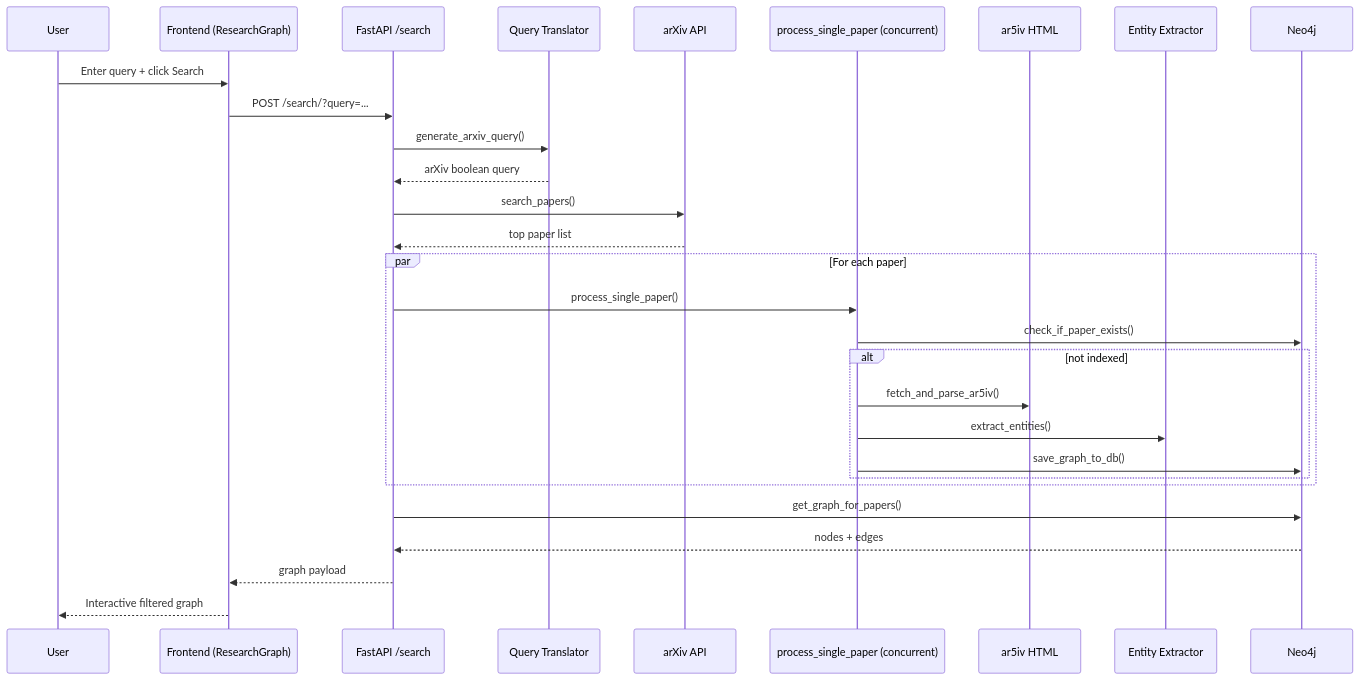
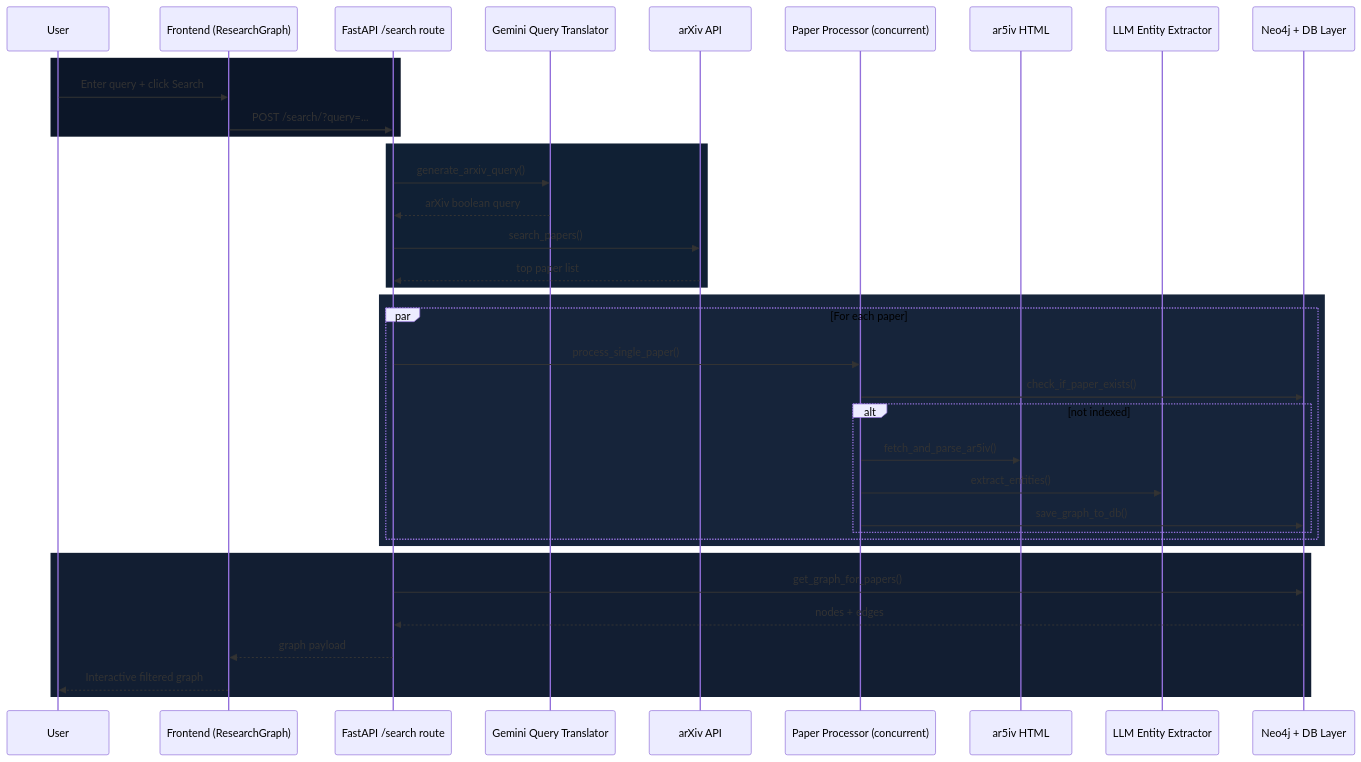
The third of 4 diagrams in README.md (Group18SWE/Scientific_Literature_Knowledge_Graph), drawn with Mermaid before and after one commit. The commit also changed other lines of this file, not shown here.

First line of the commit message:
Refine README mermaid diagrams with detailed layered architecture

````diff
--- a/README.md
+++ b/README.md
@@ -64,32 +127,43 @@
 ```mermaid
 sequenceDiagram
     participant User
     participant FE as Frontend (ResearchGraph)
-    participant API as FastAPI /search
-    participant LLMQ as Query Translator
+    participant API as FastAPI /search route
+    participant LLMQ as Gemini Query Translator
     participant ARX as arXiv API
-    participant PROC as process_single_paper (concurrent)
+    participant PROC as Paper Processor (concurrent)
     participant AR5 as ar5iv HTML
-    participant LLME as Entity Extractor
-    participant DB as Neo4j
+    participant LLME as LLM Entity Extractor
+    participant DB as Neo4j + DB Layer
 
+    rect rgb(12, 22, 40)
     User->>FE: Enter query + click Search
     FE->>API: POST /search/?query=...
+    end
+
+    rect rgb(16, 32, 52)
     API->>LLMQ: generate_arxiv_query()
     LLMQ-->>API: arXiv boolean query
     API->>ARX: search_papers()
     ARX-->>API: top paper list
+    end
+
+    rect rgb(22, 36, 58)
     par For each paper
         API->>PROC: process_single_paper()
         PROC->>DB: check_if_paper_exists()
         alt not indexed
             PROC->>AR5: fetch_and_parse_ar5iv()
             PROC->>LLME: extract_entities()
             PROC->>DB: save_graph_to_db()
         end
     end
+    end
+
+    rect rgb(18, 30, 50)
     API->>DB: get_graph_for_papers()
     DB-->>API: nodes + edges
     API-->>FE: graph payload
     FE-->>User: Interactive filtered graph
+    end
 ```
````
